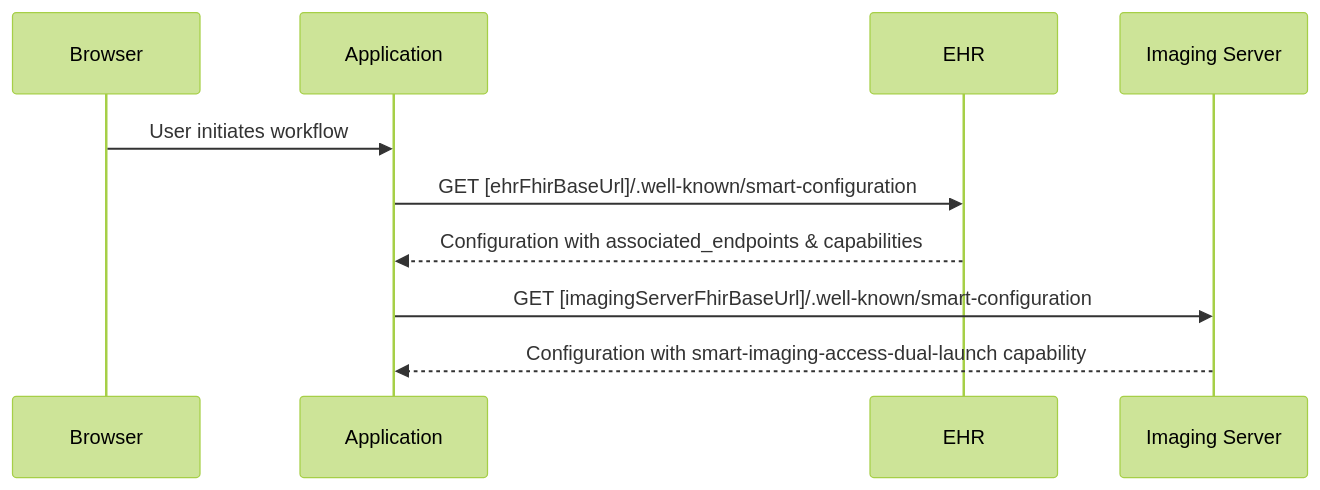
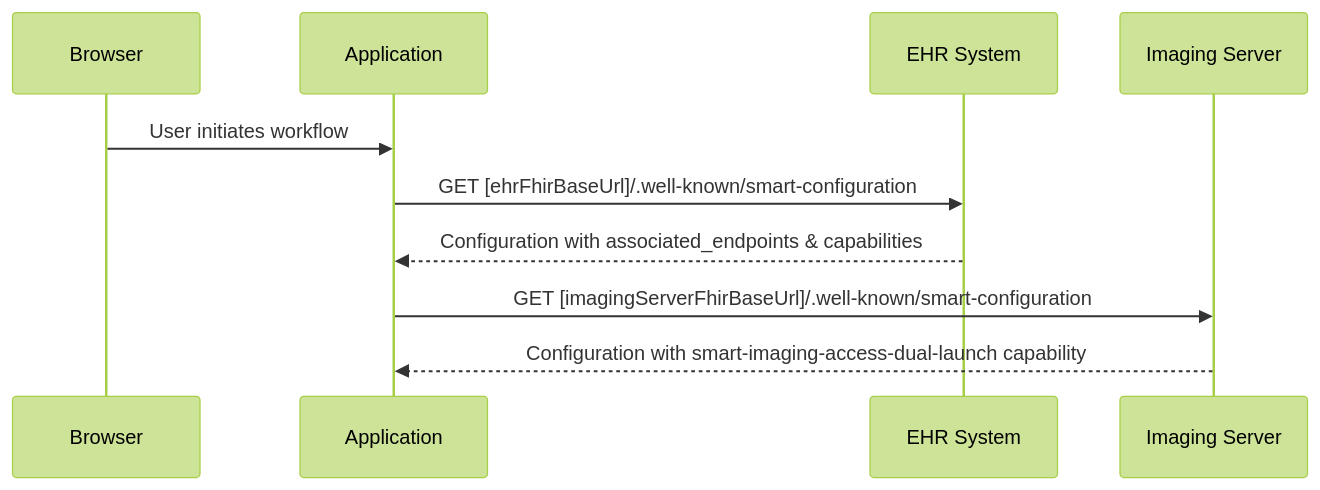
One commit to bvdh/smart-multi-auth changed the first of 4 diagrams in input/pagecontent/solution-dual-smart-launch.md. Above: the diagram before and after it, drawn with Mermaid (forest theme). The commit also changed other lines of this file, not shown here.

Commit message:
ImagingServer -> IS

````diff
--- a/input/pagecontent/solution-dual-smart-launch.md
+++ b/input/pagecontent/solution-dual-smart-launch.md
@@ -38,13 +38,13 @@
 ```mermaid
 sequenceDiagram
     participant Browser
     participant App as Application
-    participant EHR
-    participant ImagingServer as Imaging Server
+    participant EHR as EHR System
+    participant IS as Imaging Server
 
     Browser->>App: User initiates workflow
     App->>EHR: GET [ehrFhirBaseUrl]/.well-known/smart-configuration
     EHR-->>App: Configuration with associated_endpoints & capabilities
-    App->>ImagingServer: GET [imagingServerFhirBaseUrl]/.well-known/smart-configuration
-    ImagingServer-->>App: Configuration with smart-imaging-access-dual-launch capability
+    App->>IS: GET [imagingServerFhirBaseUrl]/.well-known/smart-configuration
+    IS-->>App: Configuration with smart-imaging-access-dual-launch capability
 ```
````
